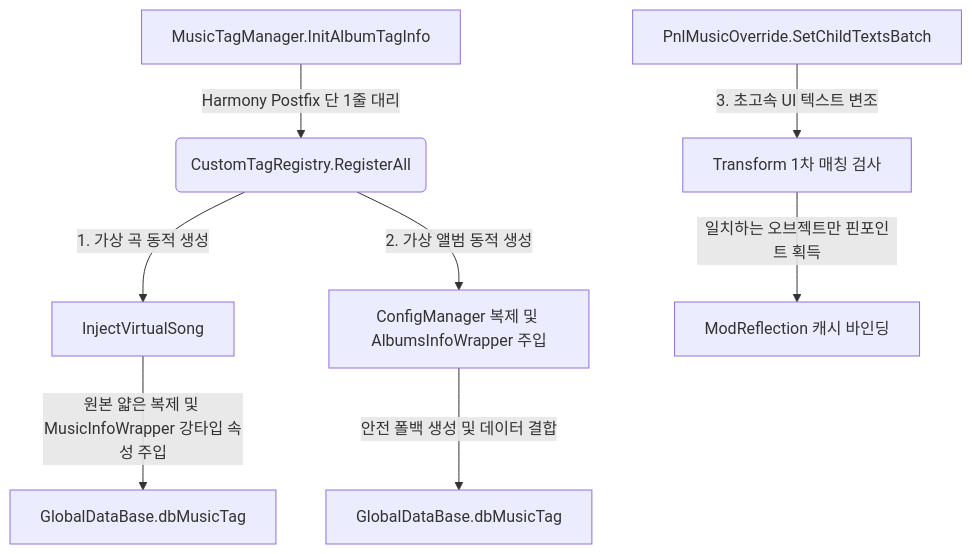
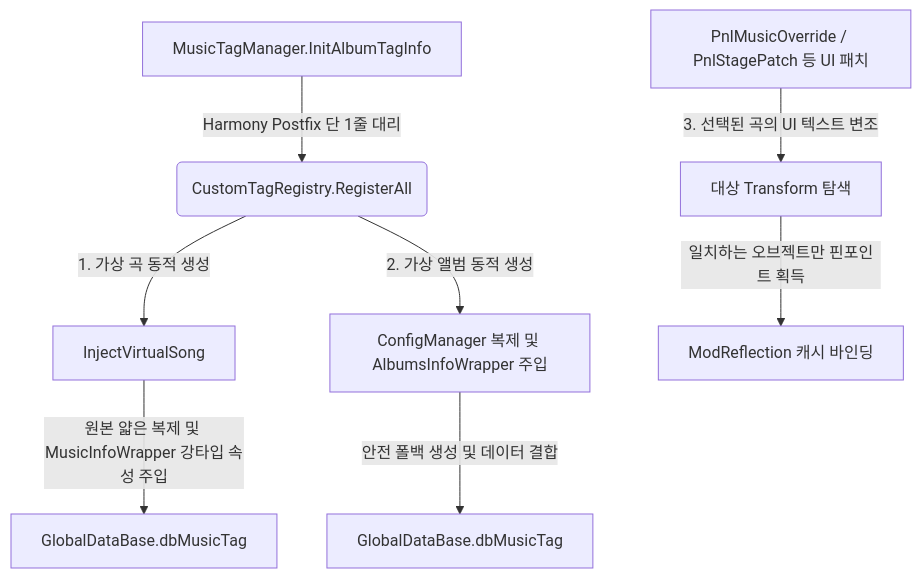
The diagram in docs/architecture/CAST_AND_CUSTOM_TAG_GUIDE.md (magjangin/muse-dash-test), drawn with Mermaid before and after one commit. The commit also changed other lines of this file and 28 other files, not shown here.

````diff
--- a/docs/architecture/CAST_AND_CUSTOM_TAG_GUIDE.md
+++ b/docs/architecture/CAST_AND_CUSTOM_TAG_GUIDE.md
@@ -13,10 +13,10 @@
 ```mermaid
 graph TD
     A[MusicTagManager.InitAlbumTagInfo] -->|Harmony Postfix 단 1줄 대리| B(CustomTagRegistry.RegisterAll)
     B -->|1. 가상 곡 동적 생성| C[InjectVirtualSong]
     C -->|원본 얇은 복제 및 MusicInfoWrapper 강타입 속성 주입| E[GlobalDataBase.dbMusicTag]
     B -->|2. 가상 앨범 동적 생성| D[ConfigManager 복제 및 AlbumsInfoWrapper 주입]
     D -->|안전 폴백 생성 및 데이터 결합| F[GlobalDataBase.dbMusicTag]
-    G[PnlMusicOverride.SetChildTextsBatch] -->|3. 초고속 UI 텍스트 변조| H[Transform 1차 매칭 검사]
+    G[PnlMusicOverride / PnlStagePatch 등 UI 패치] -->|3. 선택된 곡의 UI 텍스트 변조| H[대상 Transform 탐색]
     H -->|일치하는 오브젝트만 핀포인트 획득| I[ModReflection 캐시 바인딩]
 ```
````
